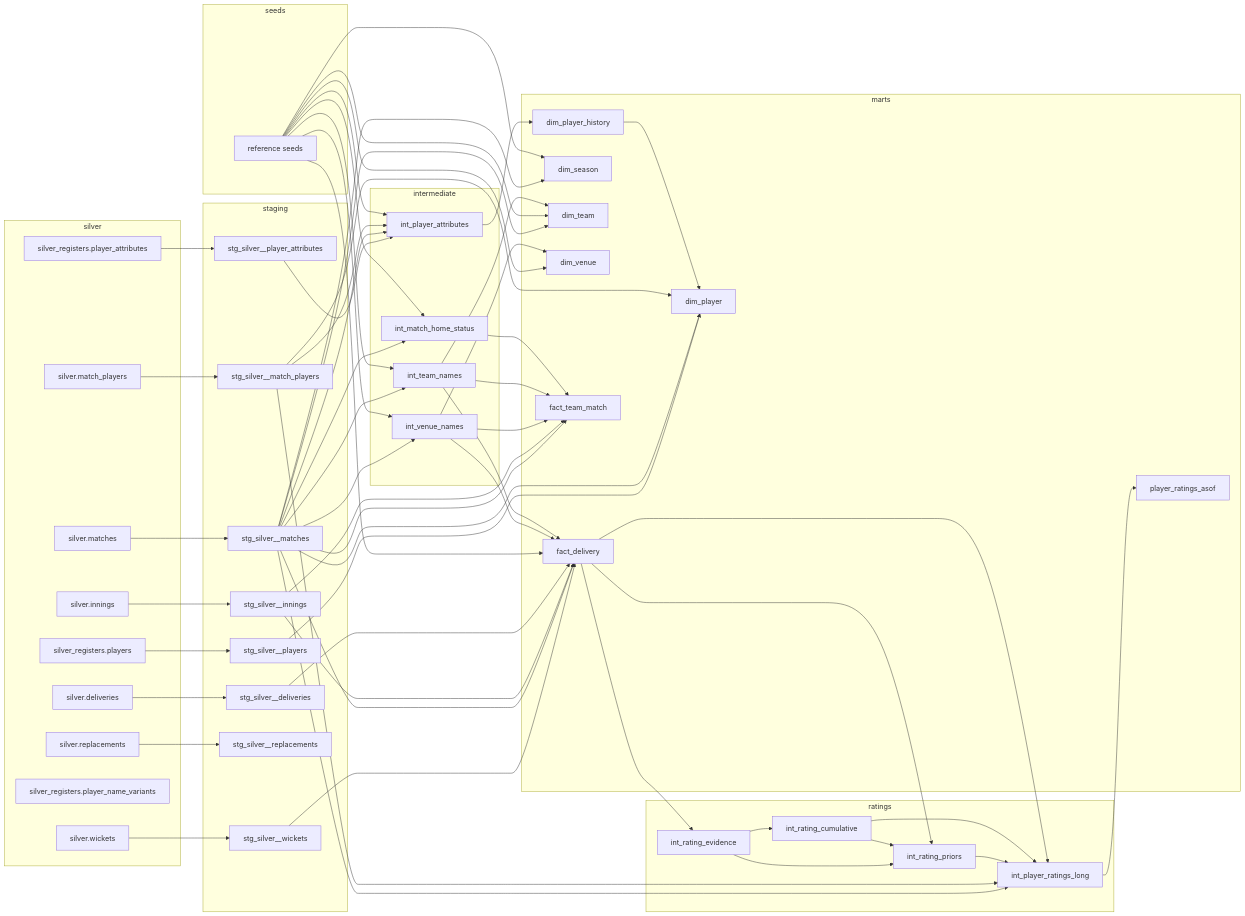
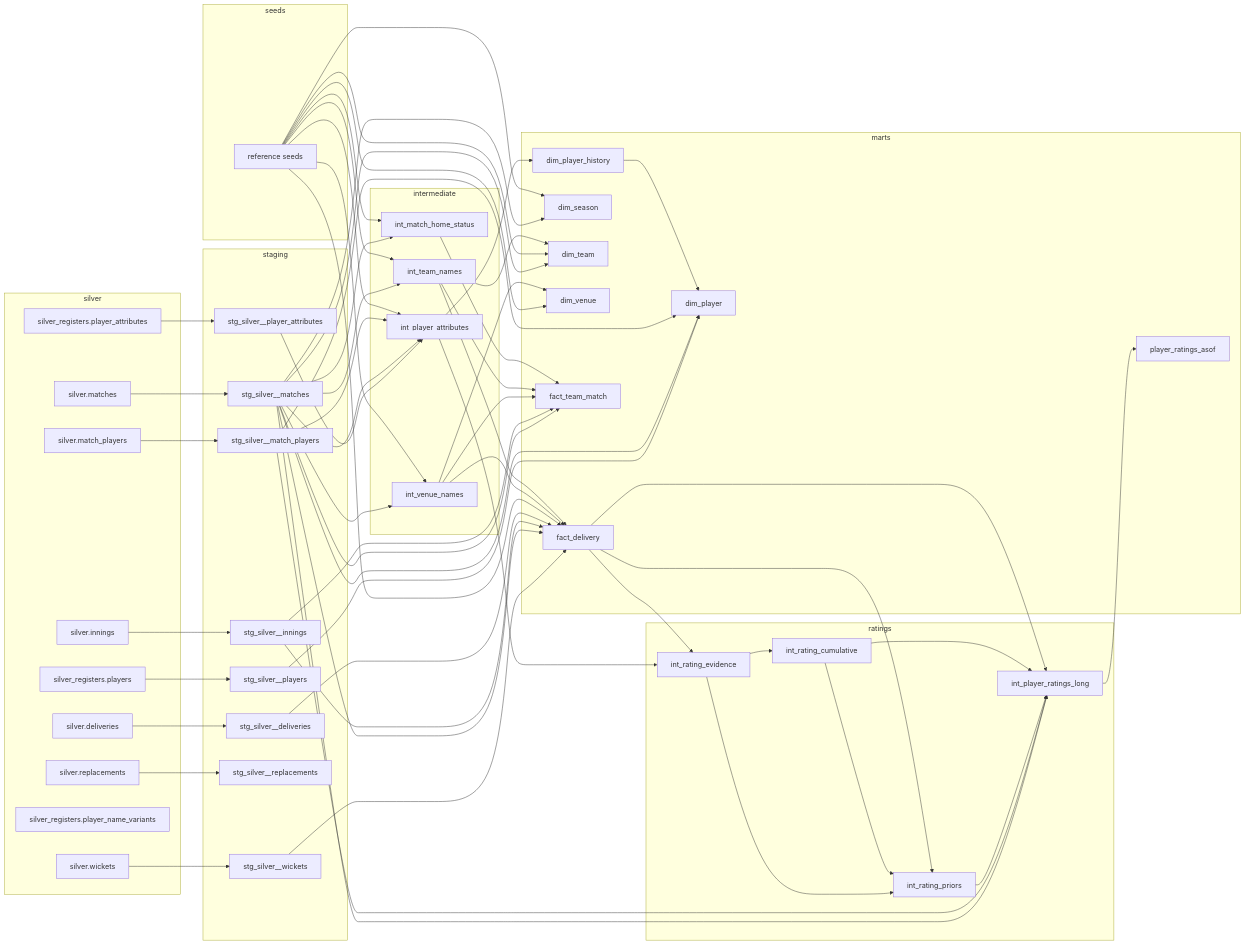
One commit to SKarthikeyan28/IPL_squad_evaluator changed the diagram in README.md. Above: the diagram before and after it, drawn with Mermaid. The commit also changed other lines of this file and 20 other files, not shown here.

```diff
--- a/README.md
+++ b/README.md
@@ -93,6 +93,7 @@
   fact_delivery --> int_rating_priors
   int_match_home_status --> fact_team_match
   int_player_attributes --> dim_player_history
+  int_player_attributes --> int_rating_evidence
   int_player_ratings_long --> player_ratings_asof
   int_rating_cumulative --> int_player_ratings_long
   int_rating_cumulative --> int_rating_priors
```
